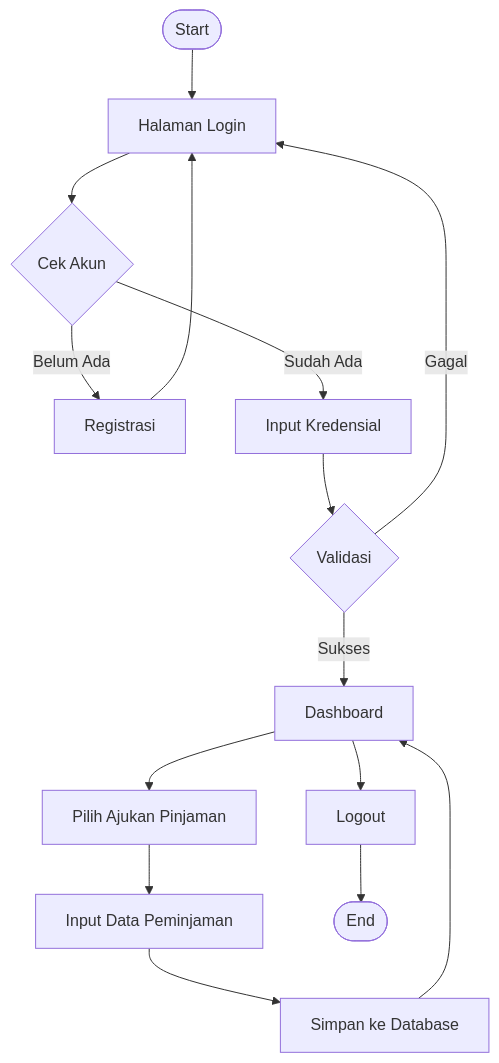
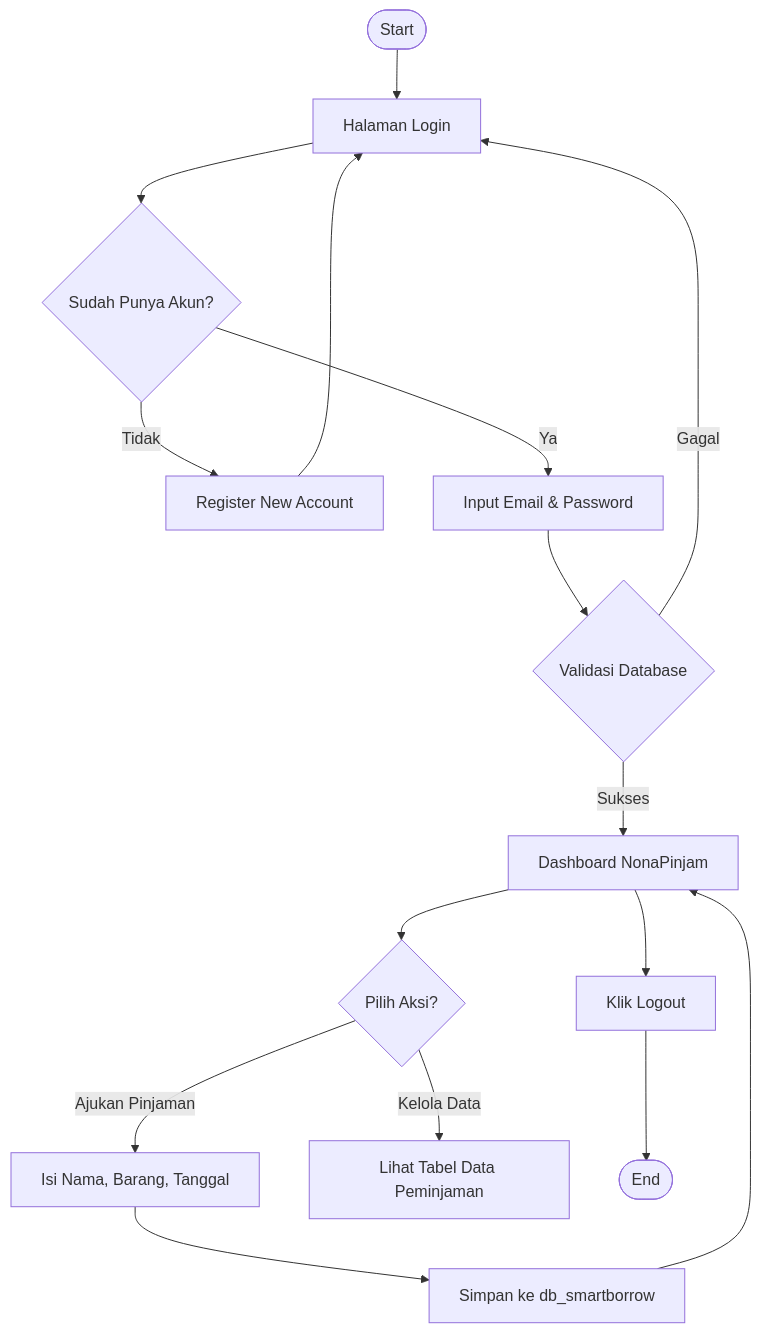
One commit to zebinurlestari/NonaPinjam-app changed the diagram in README.md. Above: the diagram before and after it, drawn with Mermaid.

````diff
--- a/README.md
+++ b/README.md
@@ -23,17 +23,24 @@
 ```mermaid
 flowchart TD
-    A([Start]) --> B[Halaman Login]
-    B --> C{Cek Akun}
-    C -- Belum Ada --> D[Registrasi]
-    D --> B
-    C -- Sudah Ada --> E[Input Kredensial]
-    E --> F{Validasi}
-    F -- Gagal --> B
-    F -- Sukses --> G[Dashboard]
-    G --> H[Pilih Ajukan Pinjaman]
-    H --> I[Input Data Peminjaman]
-    I --> J[Simpan ke Database]
-    J --> G
-    G --> K[Logout]
-    K --> L([End])
+    Start([Start]) --> Login[Halaman Login]
+    Login --> PunyaAkun{Sudah Punya Akun?}
+    
+    PunyaAkun -- Tidak --> Register[Register New Account]
+    Register --> Login
+    
+    PunyaAkun -- Ya --> Auth[Input Email & Password]
+    Auth --> Val{Validasi Database}
+    Val -- Gagal --> Login
+    
+    Val -- Sukses --> Dash[Dashboard NonaPinjam]
+    Dash --> Action{Pilih Aksi?}
+    
+    Action -- Ajukan Pinjaman --> Form[Isi Nama, Barang, Tanggal]
+    Action -- Kelola Data --> Table[Lihat Tabel Data Peminjaman]
+    
+    Form --> Simpan[Simpan ke db_smartborrow]
+    Simpan --> Dash
+    
+    Dash --> Logout[Klik Logout]
+    Logout --> End([End])
 ```
````
